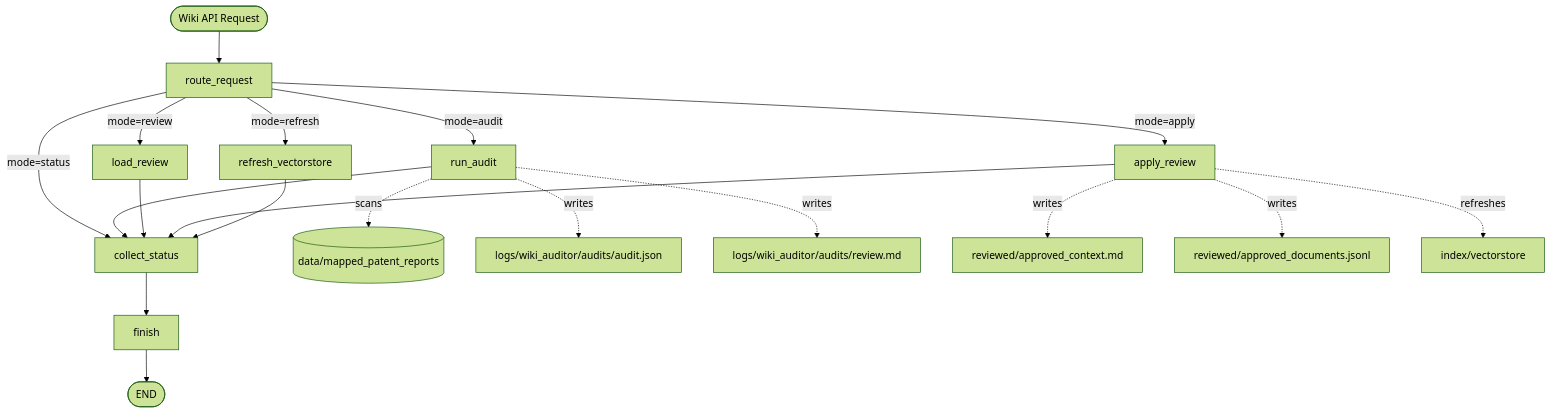
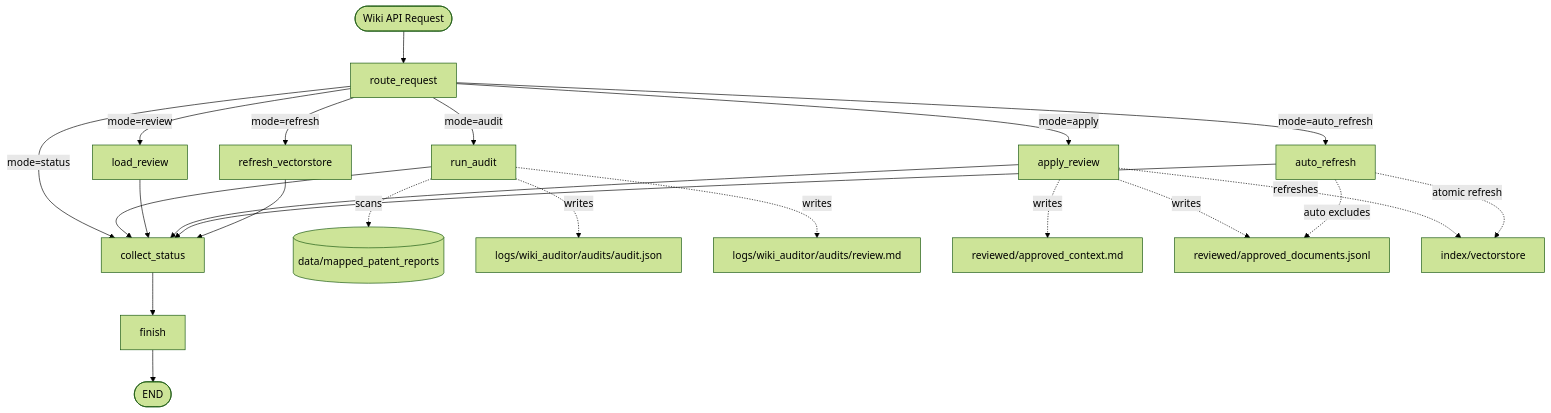
Before and after one commit to skipers/skipa-ai-server: the first of 5 diagrams in README.md, drawn with Mermaid (forest theme). The commit also changed other lines of this file and 60 other files, not shown here.

Commit message:
feat: add application assistant and auto audit refresh

````diff
--- a/README.md
+++ b/README.md
@@ -330,23 +356,27 @@
 ```mermaid
 flowchart TD
   W0([Wiki API Request]) --> W1[route_request]
   W1 -->|mode=audit| W2[run_audit]
   W1 -->|mode=review| W3[load_review]
   W1 -->|mode=apply| W4[apply_review]
+  W1 -->|mode=auto_refresh| W9[auto_refresh]
   W1 -->|mode=refresh| W5[refresh_vectorstore]
   W1 -->|mode=status| W6[collect_status]
 
   W2 --> W6
   W3 --> W6
   W4 --> W6
+  W9 --> W6
   W5 --> W6
   W6 --> W7[finish]
   W7 --> W8([END])
 
   W2 -. scans .-> D1[(data/mapped_patent_reports)]
   W2 -. writes .-> A1[logs/wiki_auditor/audits/audit.json]
   W2 -. writes .-> A2[logs/wiki_auditor/audits/review.md]
   W4 -. writes .-> R1[reviewed/approved_context.md]
   W4 -. writes .-> R2[reviewed/approved_documents.jsonl]
+  W9 -. auto excludes .-> R2
   W4 -. refreshes .-> V1[index/vectorstore]
+  W9 -. atomic refresh .-> V1
 ```
````
